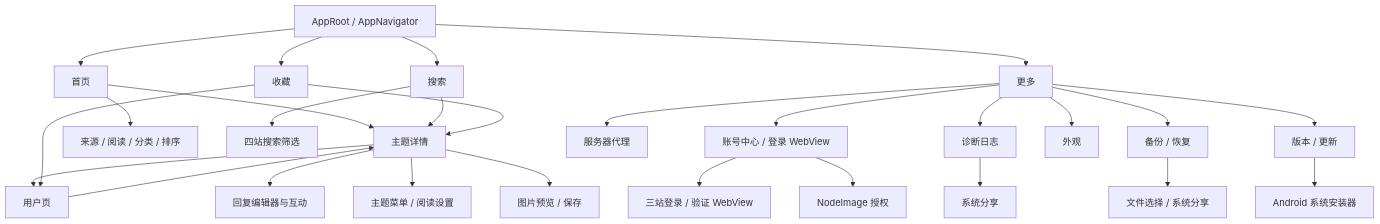
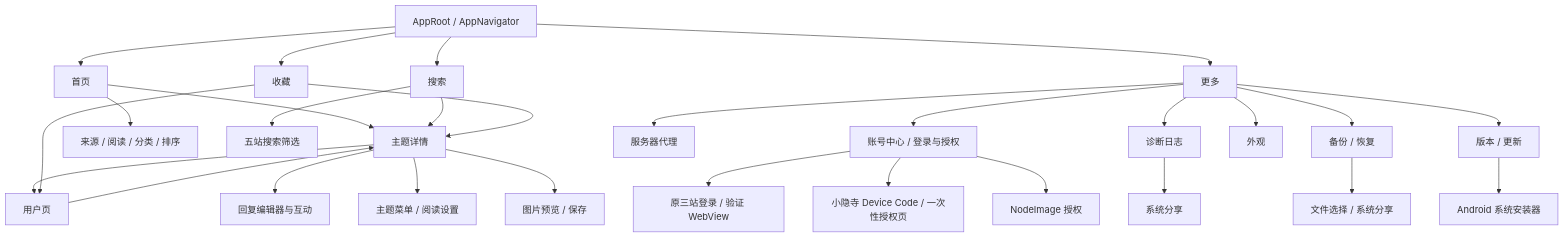
Before and after one commit to everythink98/wz-android: the diagram in docs/product-map.md, drawn with Mermaid. The commit also changed other lines of this file and 95 other files, not shown here.

````diff
--- a/docs/product-map.md
+++ b/docs/product-map.md
@@ -16,29 +16,30 @@
 ```mermaid
 flowchart TD
   APP["AppRoot / AppNavigator"] --> FEED["首页"]
   APP --> SEARCH["搜索"]
   APP --> LIBRARY["收藏"]
   APP --> MORE["更多"]
   FEED --> TOPIC["主题详情"]
   FEED --> FEED_FILTER["来源 / 阅读 / 分类 / 排序"]
   SEARCH --> TOPIC
-  SEARCH --> SEARCH_FILTER["四站搜索筛选"]
+  SEARCH --> SEARCH_FILTER["五站搜索筛选"]
   LIBRARY --> TOPIC
   TOPIC --> USER["用户页"]
   USER --> TOPIC
   LIBRARY --> USER
   TOPIC --> COMPOSER["回复编辑器与互动"]
   TOPIC --> TOPIC_MENU["主题菜单 / 阅读设置"]
   TOPIC --> IMAGE["图片预览 / 保存"]
-  MORE --> ACCOUNT["账号中心 / 登录 WebView"]
-  ACCOUNT --> VERIFY["三站登录 / 验证 WebView"]
+  MORE --> ACCOUNT["账号中心 / 登录与授权"]
+  ACCOUNT --> VERIFY["原三站登录 / 验证 WebView"]
+  ACCOUNT --> XIAOYINSI_AUTH["小隐寺 Device Code / 一次性授权页"]
   ACCOUNT --> NODEIMAGE["NodeImage 授权"]
   MORE --> PROXY["服务器代理"]
   MORE --> DIAG["诊断日志"]
   MORE --> BACKUP["备份 / 恢复"]
   MORE --> APPEARANCE["外观"]
   MORE --> UPDATE["版本 / 更新"]
   DIAG --> SHARE["系统分享"]
   BACKUP --> FILE_PICKER["文件选择 / 系统分享"]
   UPDATE --> INSTALLER["Android 系统安装器"]
 ```
````
